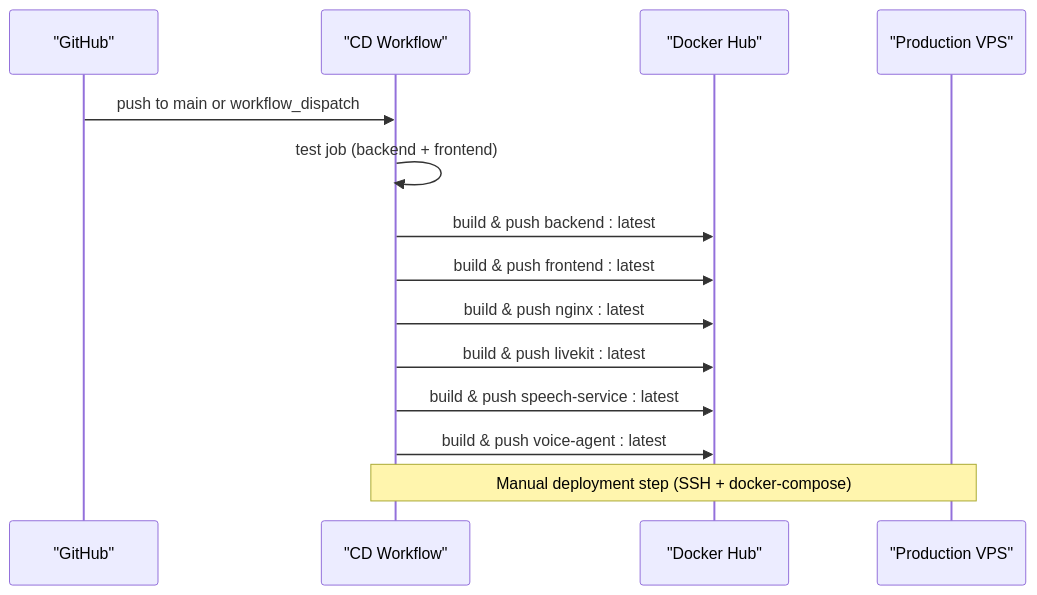
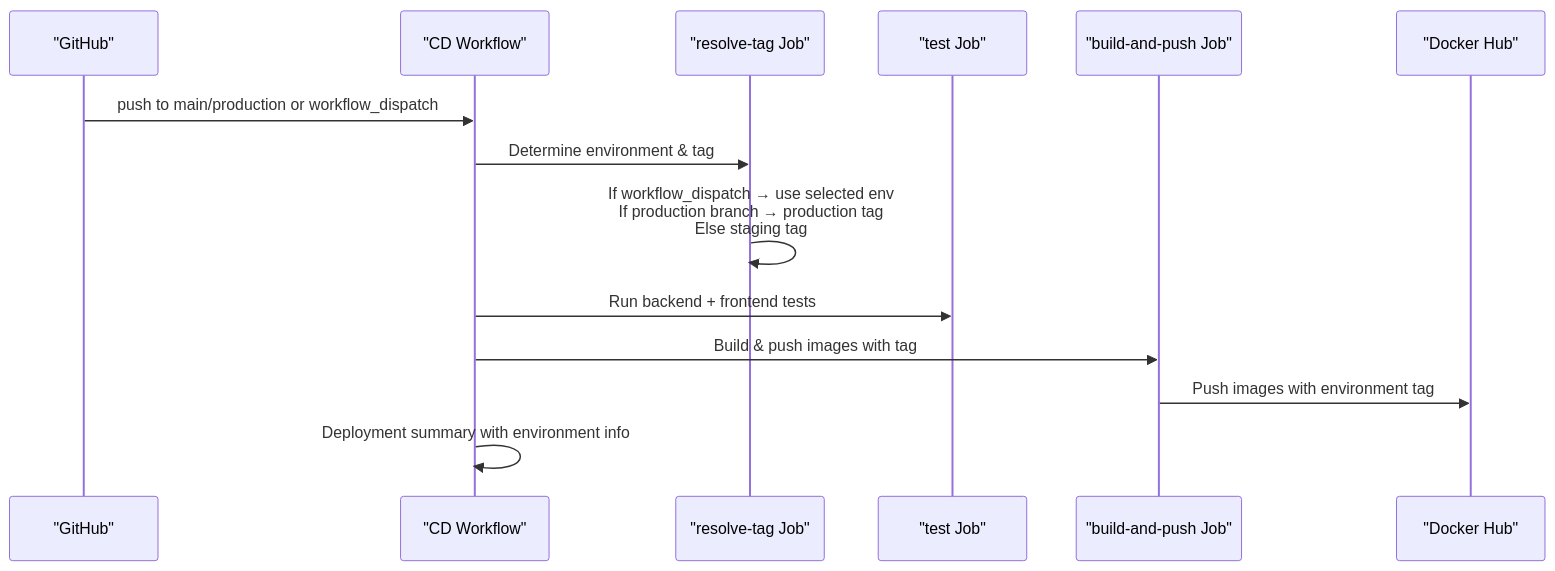
The fourth of 13 diagrams in .qoder/repowiki/en/content/Deployment & DevOps/CI_CD Pipelines.md (Revanththetalogics/aireume), drawn with Mermaid before and after one commit. The commit also changed other lines of this file and 9 other files, not shown here.

First line of the commit message:
fix: staging migration crash + preserve production volumes

````diff
--- a/.qoder/repowiki/en/content/Deployment & DevOps/CI_CD Pipelines.md
+++ b/.qoder/repowiki/en/content/Deployment & DevOps/CI_CD Pipelines.md
@@ -208,16 +233,16 @@
 ```mermaid
 sequenceDiagram
 participant GH as "GitHub"
 participant CD as "CD Workflow"
+participant Resolver as "resolve-tag Job"
+participant Test as "test Job"
+participant Builder as "build-and-push Job"
 participant DH as "Docker Hub"
-participant VPS as "Production VPS"
-GH->>CD : push to main or workflow_dispatch
-CD->>CD : test job (backend + frontend)
-CD->>DH : build & push backend : latest
-CD->>DH : build & push frontend : latest
-CD->>DH : build & push nginx : latest
-CD->>DH : build & push livekit : latest
-CD->>DH : build & push speech-service : latest
-CD->>DH : build & push voice-agent : latest
-Note over CD,VPS : Manual deployment step (SSH + docker-compose)
+GH->>CD : push to main/production or workflow_dispatch
+CD->>Resolver : Determine environment & tag
+Resolver->>Resolver : If workflow_dispatch → use selected env<br/>If production branch → production tag<br/>Else staging tag
+CD->>Test : Run backend + frontend tests
+CD->>Builder : Build & push images with tag
+Builder->>DH : Push images with environment tag
+CD->>CD : Deployment summary with environment info
 ```
````
